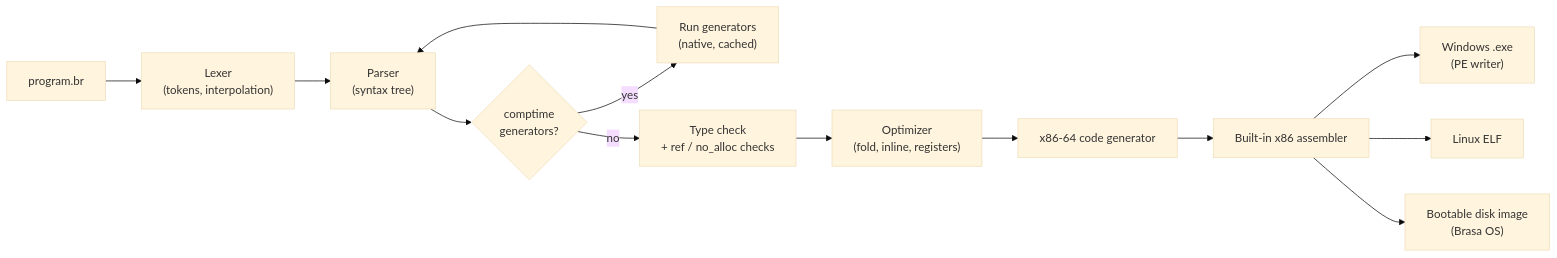
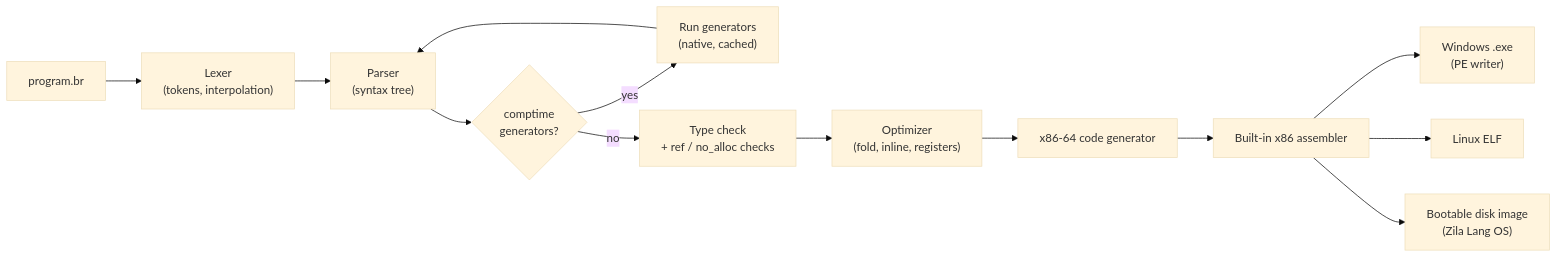
The first of 7 diagrams in README.md (code4performance/zila), drawn with Mermaid (base theme) before and after one commit. The commit also changed other lines of this file and 251 other files, not shown here.

First line of the commit message:
Rename the language to Zila Lang

````diff
--- a/README.md
+++ b/README.md
@@ -99,15 +92,15 @@
 ```mermaid
 flowchart LR
     SRC["program.br"] --> LEX["Lexer<br/>(tokens, interpolation)"]
     LEX --> PAR["Parser<br/>(syntax tree)"]
     PAR --> CT{"comptime<br/>generators?"}
     CT -- yes --> GEN["Run generators<br/>(native, cached)"]
     GEN --> PAR
     CT -- no --> CHK["Type check<br/>+ ref / no_alloc checks"]
     CHK --> OPT["Optimizer<br/>(fold, inline, registers)"]
     OPT --> CG["x86-64 code generator"]
     CG --> ASM["Built-in x86 assembler"]
     ASM --> PE["Windows .exe<br/>(PE writer)"]
     ASM --> ELF["Linux ELF"]
-    ASM --> IMG["Bootable disk image<br/>(Brasa OS)"]
+    ASM --> IMG["Bootable disk image<br/>(Zila Lang OS)"]
 ```
````
